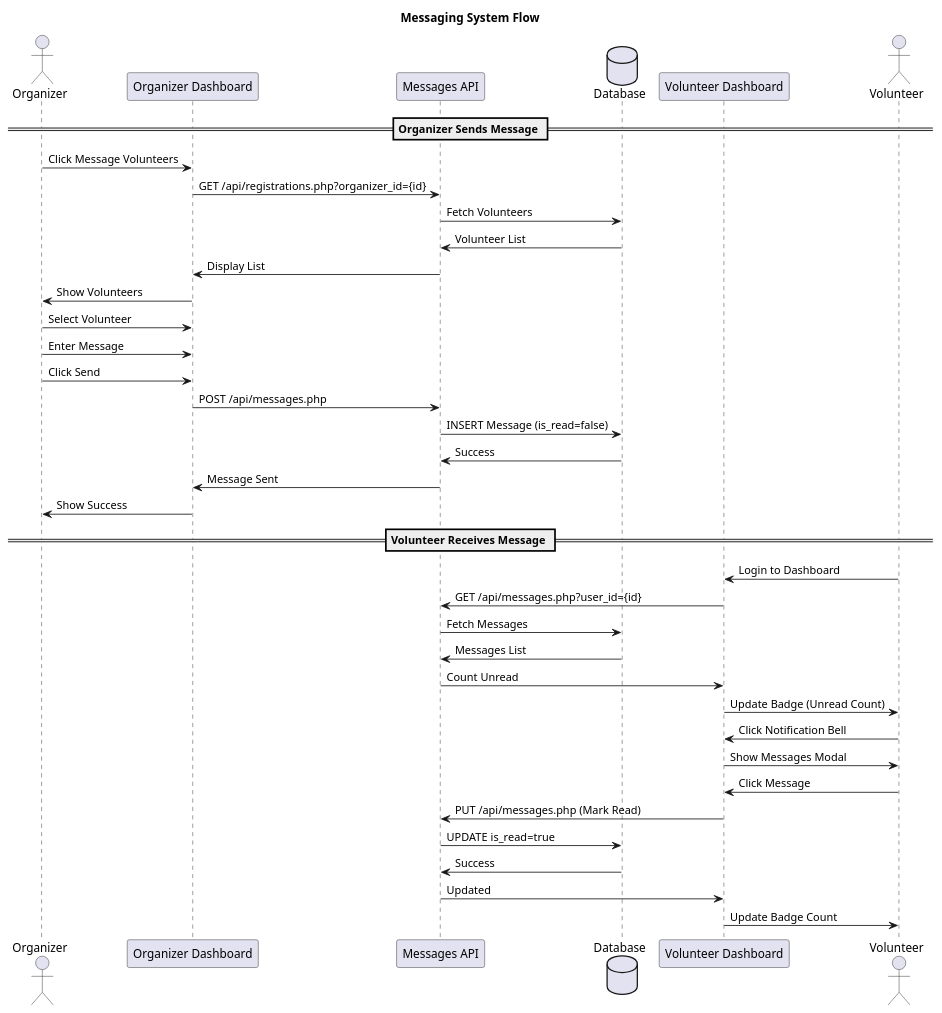
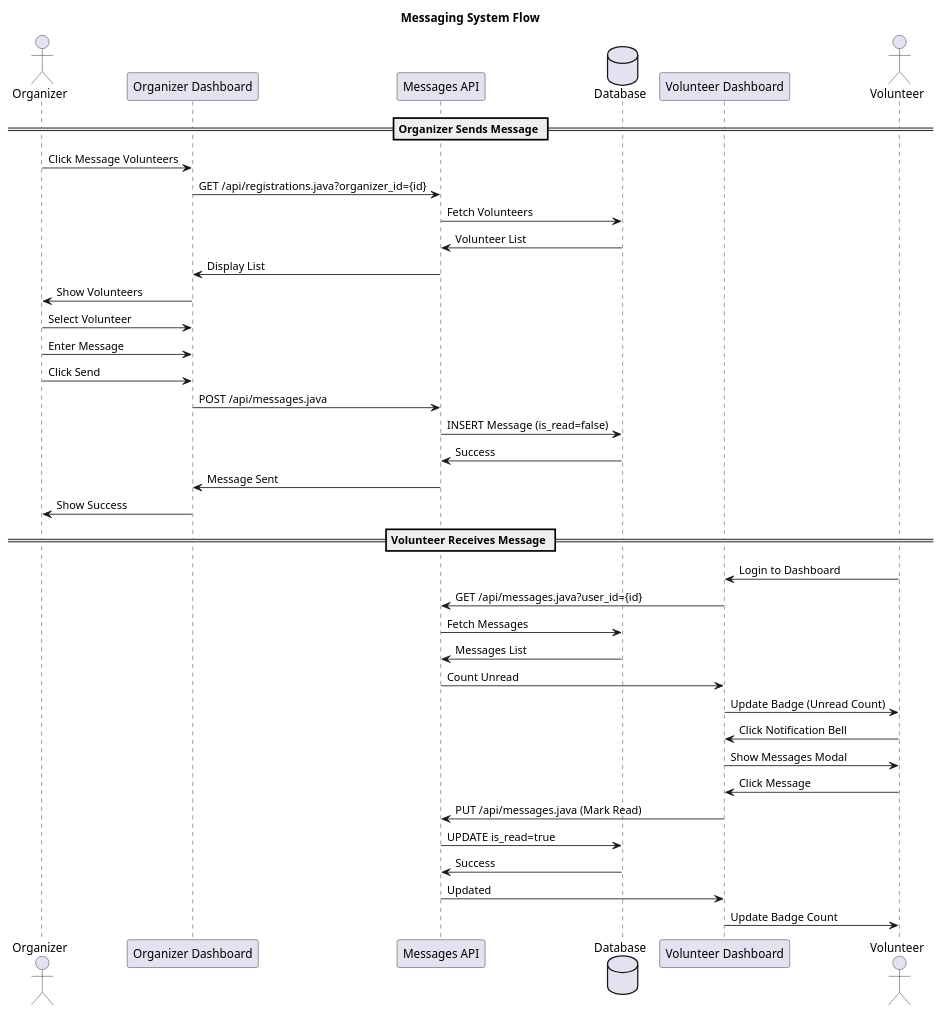
Before and after one commit to Llego-250/volunteerHub: the fifth of 8 diagrams in flow_diagrams.puml, drawn with PlantUML. The commit also changed other lines of this file, not shown here.

Commit message:
flow diagram

```diff
--- a/flow_diagrams.puml
+++ b/flow_diagrams.puml
@@ -171,46 +171,46 @@
 @startuml
 title Messaging System Flow
 
 actor Organizer
 participant "Organizer Dashboard" as OD
 participant "Messages API" as MAPI
 database "Database" as DB
 participant "Volunteer Dashboard" as VD
 actor Volunteer
 
 == Organizer Sends Message ==
 Organizer -> OD: Click Message Volunteers
-OD -> MAPI: GET /api/registrations.php?organizer_id={id}
+OD -> MAPI: GET /api/registrations.java?organizer_id={id}
 MAPI -> DB: Fetch Volunteers
 DB -> MAPI: Volunteer List
 MAPI -> OD: Display List
 OD -> Organizer: Show Volunteers
 
 Organizer -> OD: Select Volunteer
 Organizer -> OD: Enter Message
 Organizer -> OD: Click Send
-OD -> MAPI: POST /api/messages.php
+OD -> MAPI: POST /api/messages.java
 MAPI -> DB: INSERT Message (is_read=false)
 DB -> MAPI: Success
 MAPI -> OD: Message Sent
 OD -> Organizer: Show Success
 
 == Volunteer Receives Message ==
 Volunteer -> VD: Login to Dashboard
-VD -> MAPI: GET /api/messages.php?user_id={id}
+VD -> MAPI: GET /api/messages.java?user_id={id}
 MAPI -> DB: Fetch Messages
 DB -> MAPI: Messages List
 MAPI -> VD: Count Unread
 VD -> Volunteer: Update Badge (Unread Count)
 
 Volunteer -> VD: Click Notification Bell
 VD -> Volunteer: Show Messages Modal
 
 Volunteer -> VD: Click Message
-VD -> MAPI: PUT /api/messages.php (Mark Read)
+VD -> MAPI: PUT /api/messages.java (Mark Read)
 MAPI -> DB: UPDATE is_read=true
 DB -> MAPI: Success
 MAPI -> VD: Updated
 VD -> Volunteer: Update Badge Count
 
 @enduml
```
